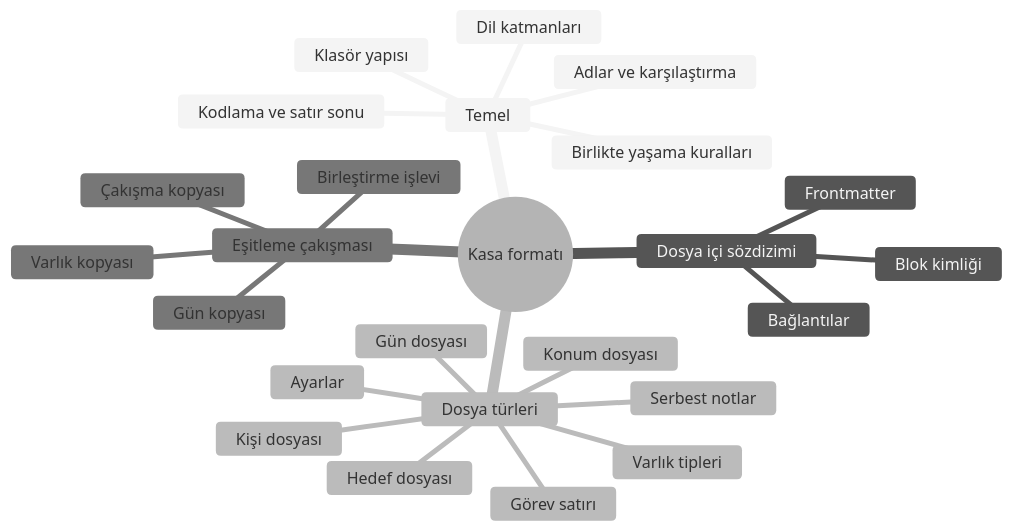
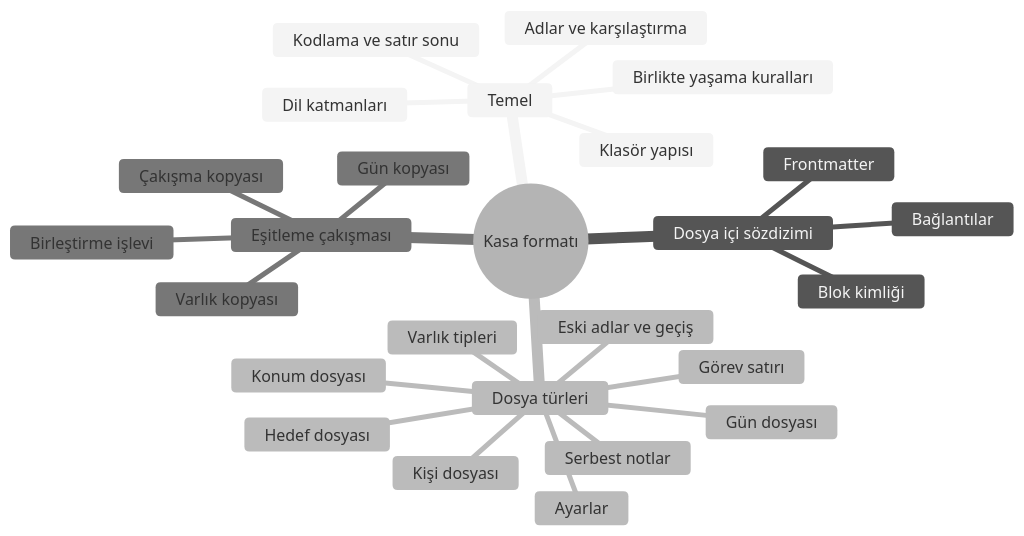
Before and after one commit to dogancanyildiz/kenet: the first of 23 diagrams in docs/vault-format.md, drawn with Mermaid (neutral theme). The commit also changed other lines of this file and 1289 other files, not shown here.

````diff
--- a/docs/vault-format.md
+++ b/docs/vault-format.md
@@ -17,28 +17,29 @@
 ```mermaid
 mindmap
   root((Kasa formatı))
     Temel
       Kodlama ve satır sonu
       Dil katmanları
       Birlikte yaşama kuralları
       Klasör yapısı
       Adlar ve karşılaştırma
     Dosya içi sözdizimi
       Frontmatter
       Bağlantılar
       Blok kimliği
     Dosya türleri
       Gün dosyası
       Görev satırı
       Kişi dosyası
       Konum dosyası
       Hedef dosyası
       Serbest notlar
       Ayarlar
       Varlık tipleri
+      Eski adlar ve geçiş
     Eşitleme çakışması
       Gün kopyası
       Birleştirme işlevi
       Çakışma kopyası
       Varlık kopyası
 ```
````
